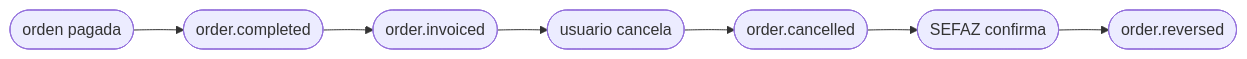
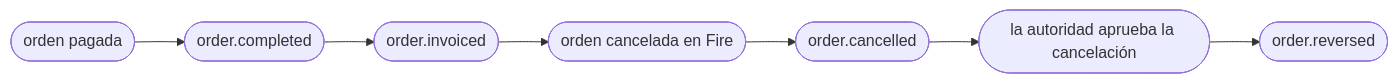
One commit to fire-rest/documentation changed the diagram in es/events/order-cancelled.mdx. Above: the diagram before and after it, drawn with Mermaid. The commit also changed other lines of this file and 26 other files, not shown here.

````diff
--- a/es/events/order-cancelled.mdx
+++ b/es/events/order-cancelled.mdx
@@ -164,9 +165,9 @@
 ```mermaid
 flowchart LR
     A([orden pagada]) --> B([order.completed])
     B --> C([order.invoiced])
-    C --> D([usuario cancela])
+    C --> D([orden cancelada en Fire])
     D --> E([order.cancelled])
-    E --> F([SEFAZ confirma])
+    E --> F([la autoridad aprueba la cancelación])
     F --> G([order.reversed])
 ```
````
